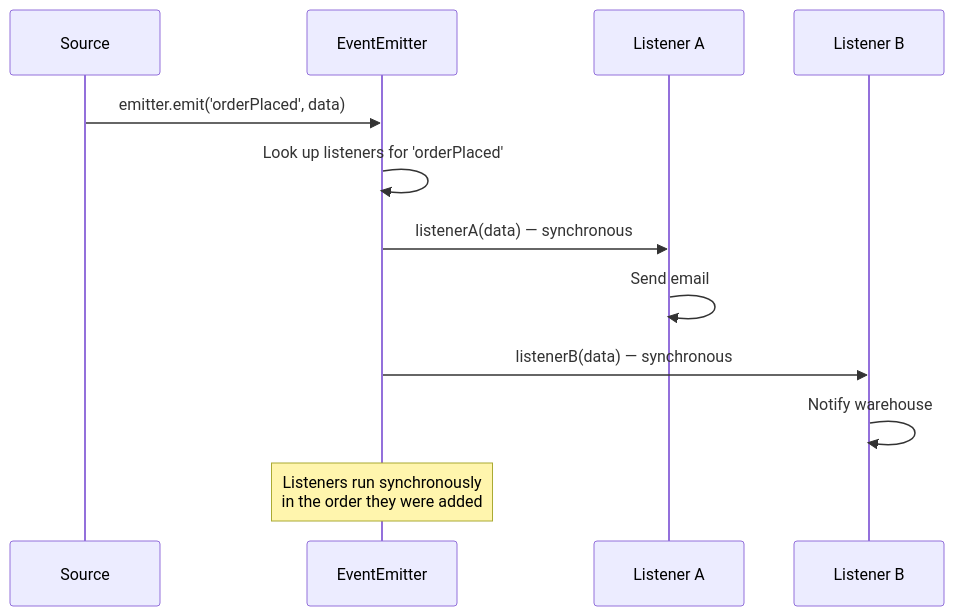
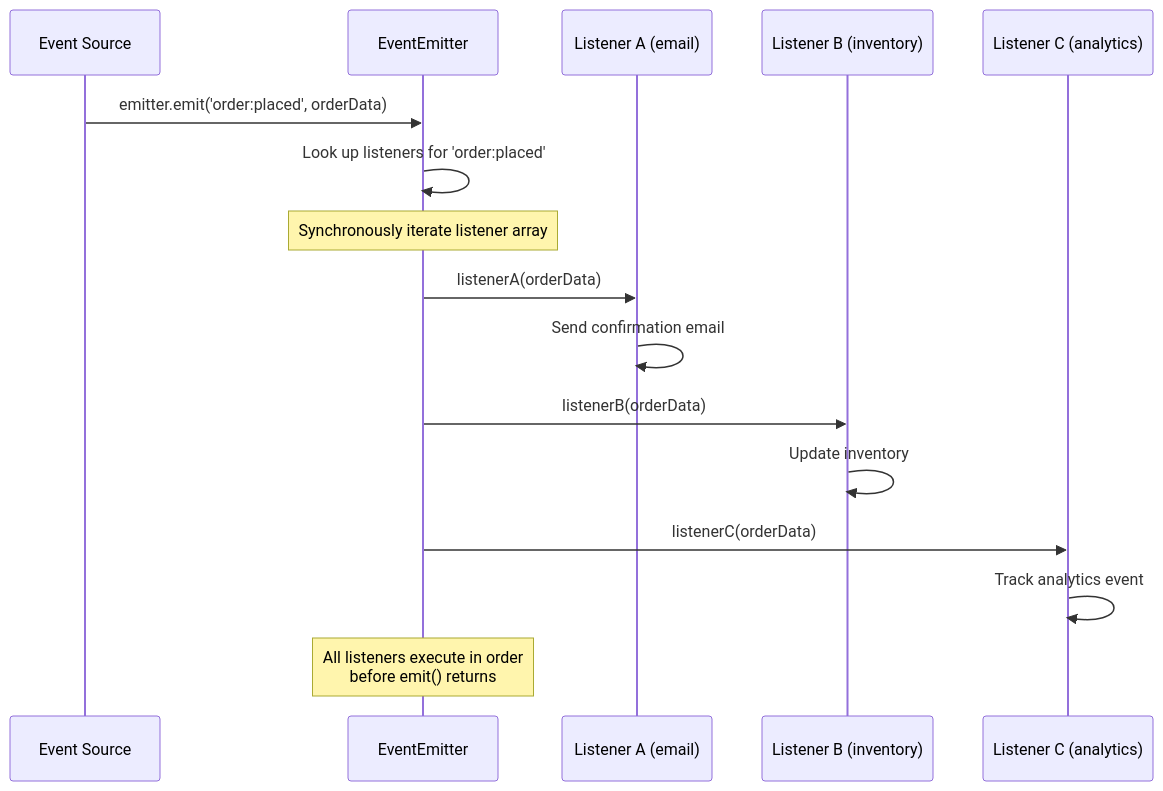
The first of 4 diagrams in dsa-docs/src/content/docs/nodejs/core/event-emitter.md (prathameshp107/Astro-Docs-Sitre), drawn with Mermaid before and after one commit. The commit also changed other lines of this file and 50 other files, not shown here.

````diff
--- a/dsa-docs/src/content/docs/nodejs/core/event-emitter.md
+++ b/dsa-docs/src/content/docs/nodejs/core/event-emitter.md
@@ -31,16 +111,24 @@
 ```mermaid
 sequenceDiagram
-    participant Src as Source
+    participant Src as Event Source
     participant EE as EventEmitter
-    participant L1 as Listener A
-    participant L2 as Listener B
+    participant L1 as Listener A (email)
+    participant L2 as Listener B (inventory)
+    participant L3 as Listener C (analytics)
+
+    Src->>EE: emitter.emit('order:placed', orderData)
     
-    Src->>EE: emitter.emit('orderPlaced', data)
-    EE->>EE: Look up listeners for 'orderPlaced'
-    EE->>L1: listenerA(data) — synchronous
-    L1->>L1: Send email
-    EE->>L2: listenerB(data) — synchronous
-    L2->>L2: Notify warehouse
+    EE->>EE: Look up listeners for 'order:placed'
+    Note over EE: Synchronously iterate listener array
     
-    Note over EE: Listeners run synchronously<br/>in the order they were added
+    EE->>L1: listenerA(orderData)
+    L1->>L1: Send confirmation email
+    
+    EE->>L2: listenerB(orderData)
+    L2->>L2: Update inventory
+    
+    EE->>L3: listenerC(orderData)
+    L3->>L3: Track analytics event
+    
+    Note over EE: All listeners execute in order<br/>before emit() returns
 ```
````
